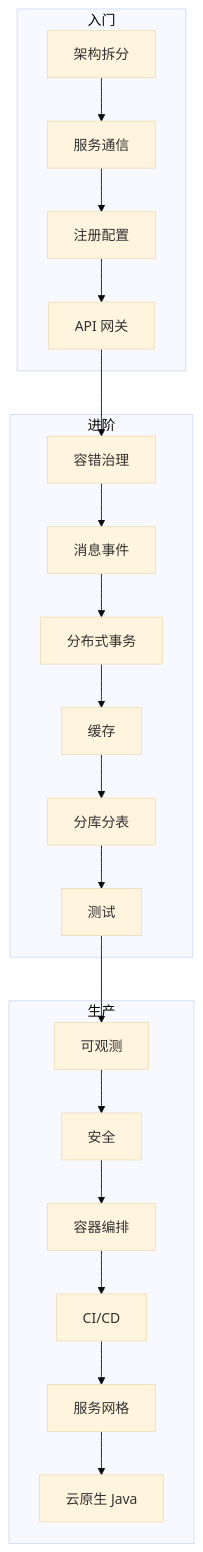
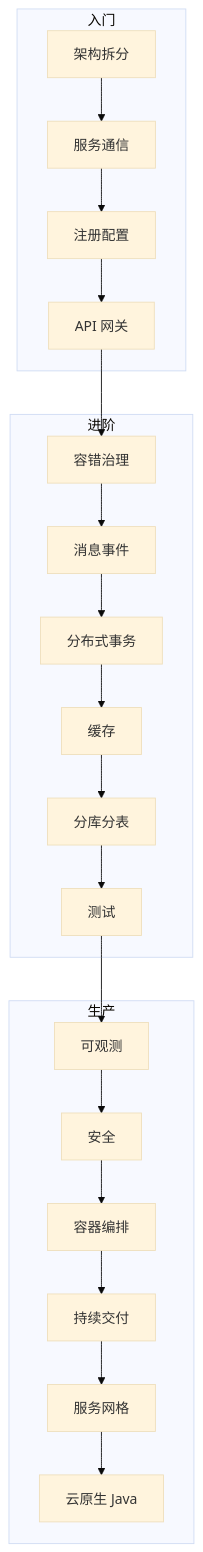
Before and after one commit to huangyongliang/tech-notes: the diagram in topics/microservices/README.md, drawn with Mermaid (base theme). The commit also changed other lines of this file and 3 other files, not shown here.

````diff
--- a/topics/microservices/README.md
+++ b/topics/microservices/README.md
@@ -9,16 +9,16 @@
 ```mermaid
 flowchart TD
   subgraph 入门
     A[架构拆分] --> B[服务通信] --> C[注册配置] --> D[API 网关]
   end
   subgraph 进阶
     E[容错治理] --> F[消息事件] --> G[分布式事务]
     G --> H[缓存] --> I[分库分表] --> J[测试]
   end
   subgraph 生产
     K[可观测] --> L[安全] --> M[容器编排]
-    M --> N[CI/CD] --> O[服务网格] --> P[云原生 Java]
+    M --> N[持续交付] --> O[服务网格] --> P[云原生 Java]
   end
   D --> E
   J --> K
 ```
````
